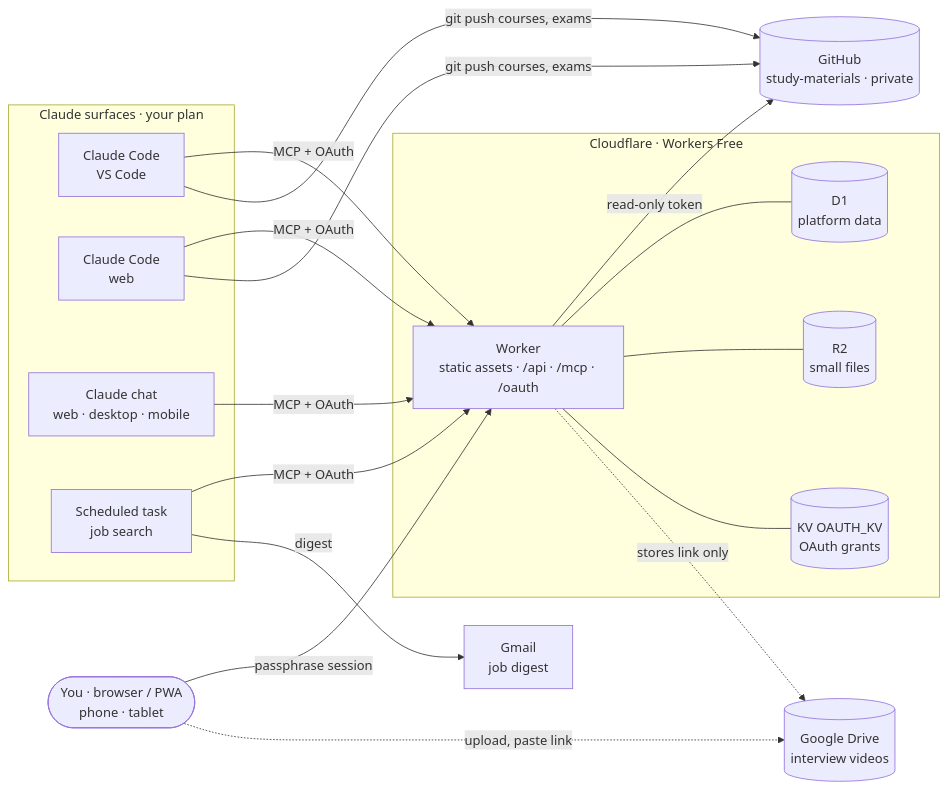
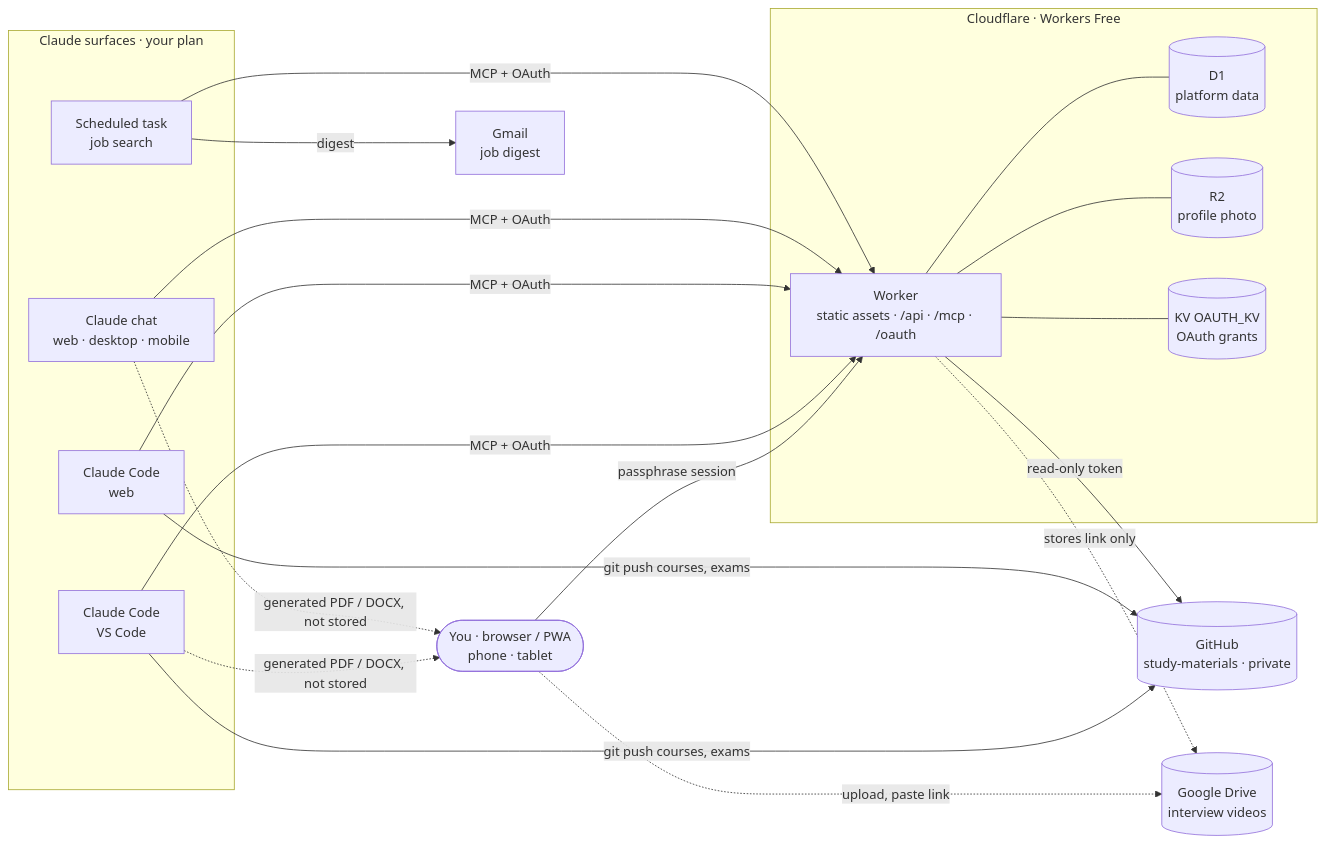
Before and after one commit to Jailsonsdsj/projects-lab: the diagram in docs/architecture.md, drawn with Mermaid. The commit also changed other lines of this file and 5 other files, not shown here.

Commit message:
docs: R3-1, career documents generated on demand and not stored

````diff
--- a/docs/architecture.md
+++ b/docs/architecture.md
@@ -24,28 +24,29 @@
 ```mermaid
 flowchart LR
   you([You · browser / PWA<br/>phone · tablet])
   subgraph claude[Claude surfaces · your plan]
     vsc[Claude Code<br/>VS Code]
     ccw[Claude Code<br/>web]
     chat[Claude chat<br/>web · desktop · mobile]
     sched[Scheduled task<br/>job search]
   end
   subgraph cf[Cloudflare · Workers Free]
     worker[Worker<br/>static assets · /api · /mcp · /oauth]
     d1[(D1<br/>platform data)]
-    r2[(R2<br/>small files)]
+    r2[(R2<br/>profile photo)]
     kv[(KV OAUTH_KV<br/>OAuth grants)]
   end
   gh[(GitHub<br/>study-materials · private)]
   drive[(Google Drive<br/>interview videos)]
   gmail[Gmail<br/>job digest]
 
   you -- passphrase session --> worker
   vsc & ccw & chat & sched -- MCP + OAuth --> worker
   vsc & ccw -- git push courses, exams --> gh
+  vsc & chat -. generated PDF / DOCX, not stored .-> you
   worker -- read-only token --> gh
   worker --- d1 & r2 & kv
   you -. upload, paste link .-> drive
   worker -. stores link only .-> drive
   sched -- digest --> gmail
 ```
````
